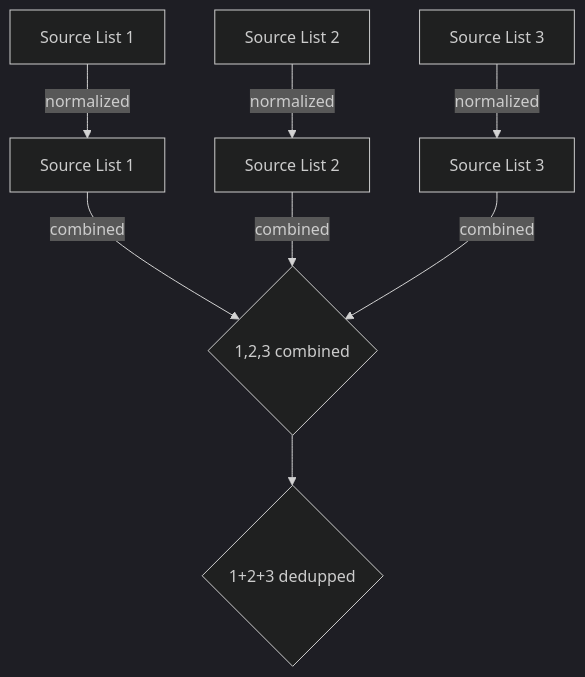
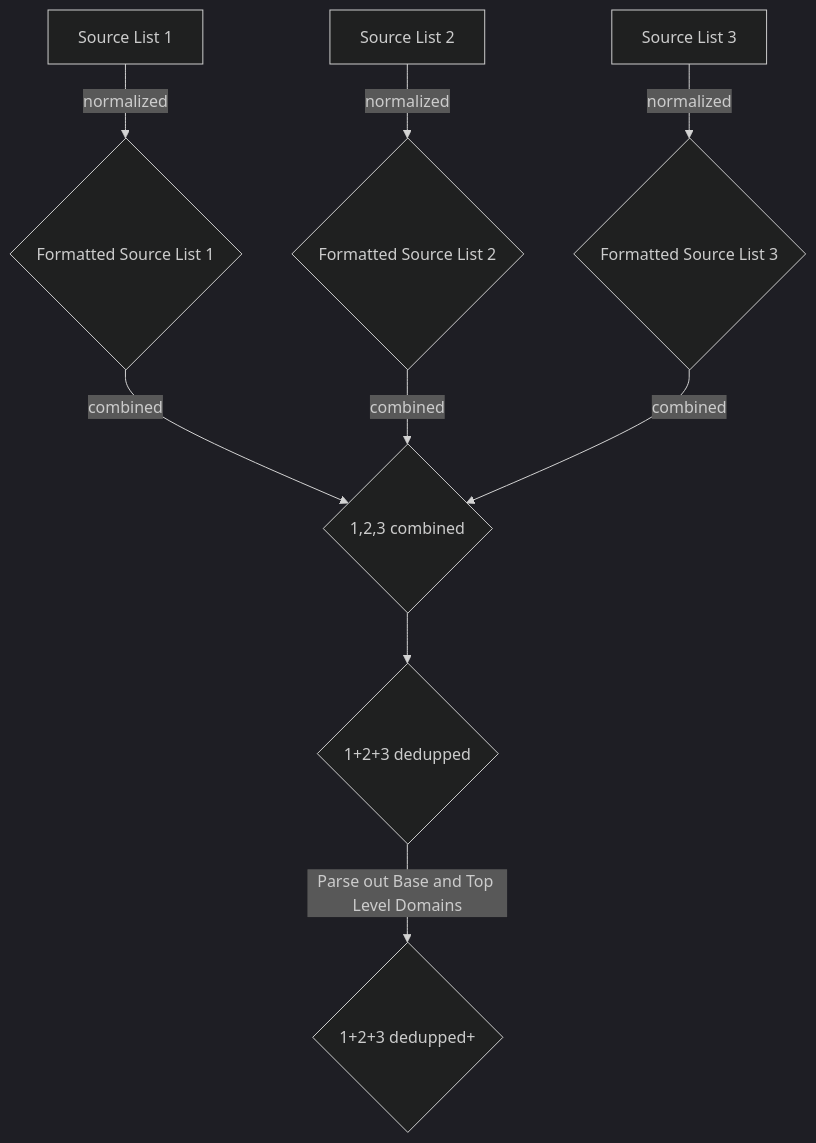
The diagram in about/project-management/diagrams/index-creation.md (GSA/site-scanning-documentation), drawn with Mermaid (dark theme) before and after one commit.

Commit message:
Refactor diagram connections for clarity

````diff
--- a/about/project-management/diagrams/index-creation.md
+++ b/about/project-management/diagrams/index-creation.md
@@ -3,10 +3,11 @@
 ```mermaid
 graph TD;
     A[Source List 1]-- normalized -->D{Formatted Source List 1};
     B[Source List 2]-- normalized -->E{Formatted Source List 2};
     C[Source List 3]-- normalized -->F{Formatted Source List 3};
-    D[Source List 1]-- combined -->G{1,2,3 combined};
-    E[Source List 2]-- combined -->G{1,2,3 combined};
-    F[Source List 3]-- combined -->G{1,2,3 combined};
+    D-- combined -->G{1,2,3 combined};
+    E-- combined -->G{1,2,3 combined};
+    F-- combined -->G{1,2,3 combined};
     G-->H{1+2+3 dedupped};
+    H-- Parse out Base and Top Level Domains --> I{1+2+3 dedupped+};
 ```
````
